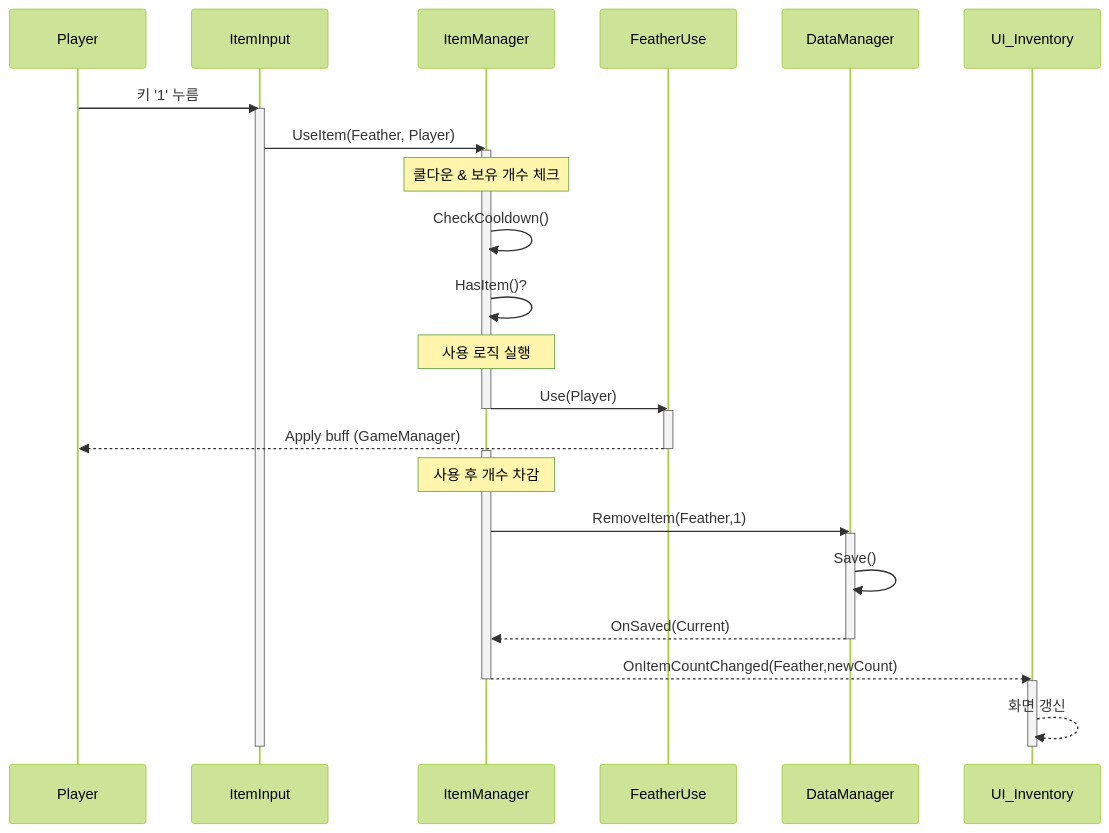
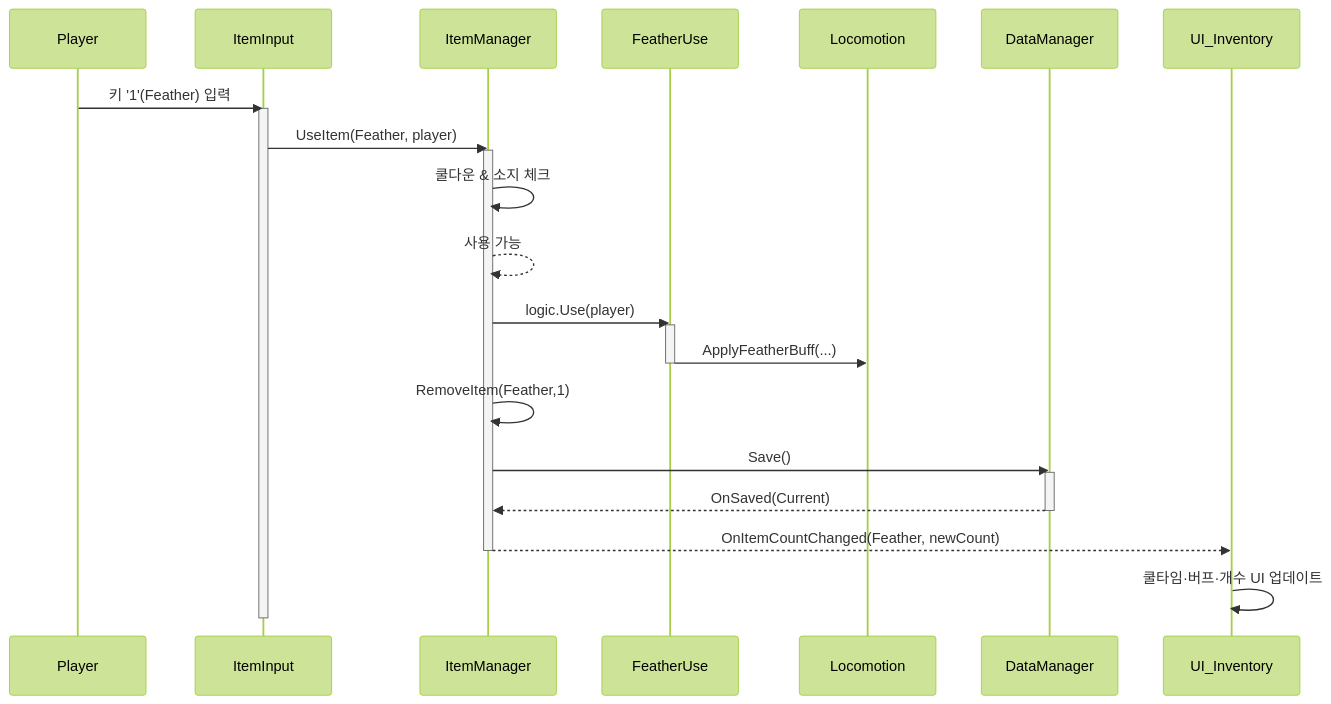
The second of 2 diagrams in 아이템 시퀀스 다이어그램.md (heejune1209/Just-climb-), drawn with Mermaid (forest theme) before and after one commit. The commit also changed other lines of this file, not shown here.

Commit message:
Update 아이템 시퀀스 다이어그램.md

````diff
--- a/아이템 시퀀스 다이어그램.md
+++ b/아이템 시퀀스 다이어그램.md
@@ -51,45 +50,38 @@
 ```mermaid
 sequenceDiagram
-    participant Player
-    participant Input as ItemInput
-    participant ItemM as ItemManager
-    participant Effect as FeatherUse
-    participant DataM as DataManager
-    participant InvUI as UI_Inventory
+    participant 플레이어 as Player
+    participant 입력컴포넌트 as ItemInput
+    participant 아이템Mgr as ItemManager
+    participant 사용로직 as FeatherUse
+    participant 이동컴포넌트 as Locomotion
+    participant 데이터Mgr as DataManager
+    participant 인벤토리UI as UI_Inventory
 
-    Player->>Input: 키 '1' 누름
-    activate Input
+    플레이어->>입력컴포넌트: 키 '1'(Feather) 입력  
+    activate 입력컴포넌트
 
-    Input->>ItemM: UseItem(Feather, Player)
-    activate ItemM
+    입력컴포넌트->>아이템Mgr: UseItem(Feather, player)  
+    activate 아이템Mgr
 
-    Note over ItemM: 쿨다운 & 보유 개수 체크
-    ItemM->>ItemM: CheckCooldown()
-    ItemM->>ItemM: HasItem()?
+    아이템Mgr->>아이템Mgr: 쿨다운 & 소지 체크  
+    아이템Mgr-->>아이템Mgr: 사용 가능  
 
-    Note over ItemM: 사용 로직 실행
-    ItemM->>Effect: Use(Player)
-    deactivate ItemM
+    아이템Mgr->>사용로직: logic.Use(player)  
+    activate 사용로직
+    사용로직->>이동컴포넌트: ApplyFeatherBuff(...)  
+    deactivate 사용로직
 
-    activate Effect
-    Effect-->>Player: Apply buff (GameManager)
-    deactivate Effect
+    아이템Mgr->>아이템Mgr: RemoveItem(Feather,1)  
+    아이템Mgr->>데이터Mgr: Save()  
+    activate 데이터Mgr
 
-    activate ItemM
-    Note over ItemM: 사용 후 개수 차감
-    ItemM->>DataM: RemoveItem(Feather,1)
-    activate DataM
-    DataM->>DataM: Save()
-    DataM-->>ItemM: OnSaved(Current)
-    deactivate DataM
+    데이터Mgr-->>아이템Mgr: OnSaved(Current)  
+    deactivate 데이터Mgr
 
-    ItemM-->>InvUI: OnItemCountChanged(Feather,newCount)
-    deactivate ItemM
+    아이템Mgr-->>인벤토리UI: OnItemCountChanged(Feather, newCount)  
+    deactivate 아이템Mgr
 
-    activate InvUI
-    InvUI-->>InvUI: 화면 갱신
-    deactivate InvUI
-
-    deactivate Input
+    인벤토리UI->>인벤토리UI: 쿨타임·버프·개수 UI 업데이트  
+    deactivate 입력컴포넌트
 
 ```
````
